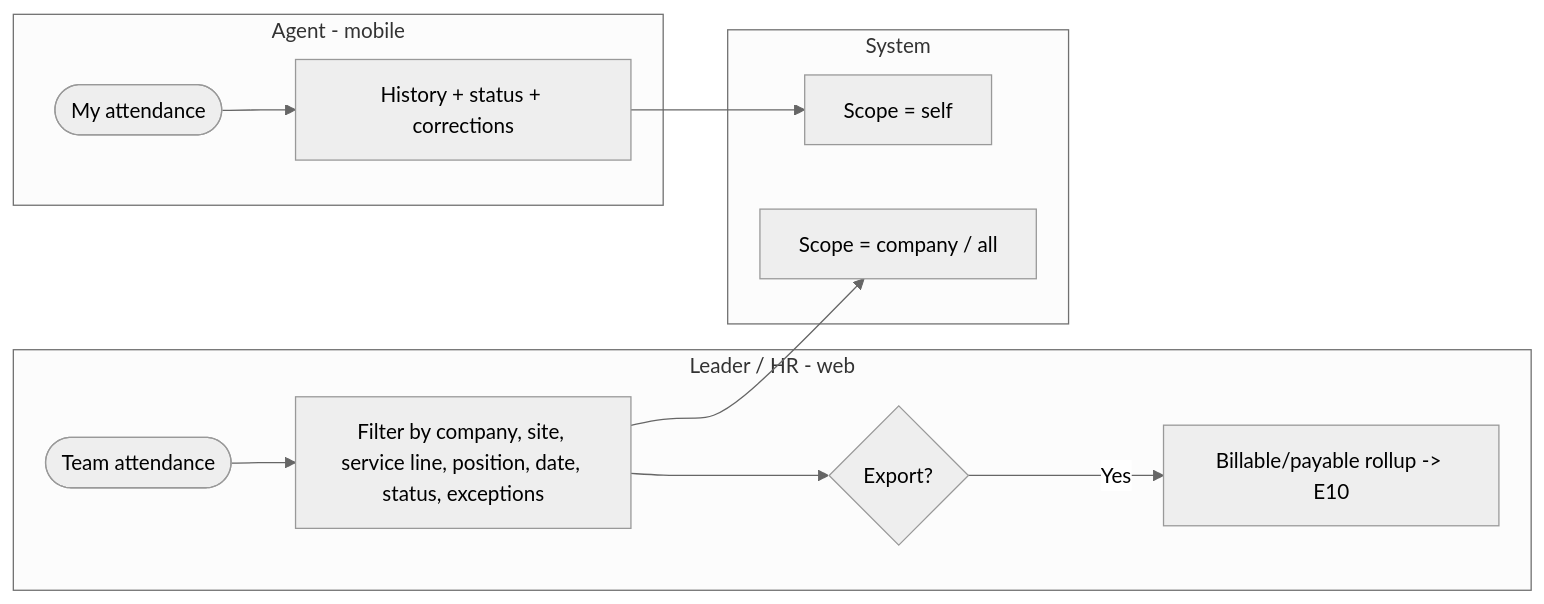
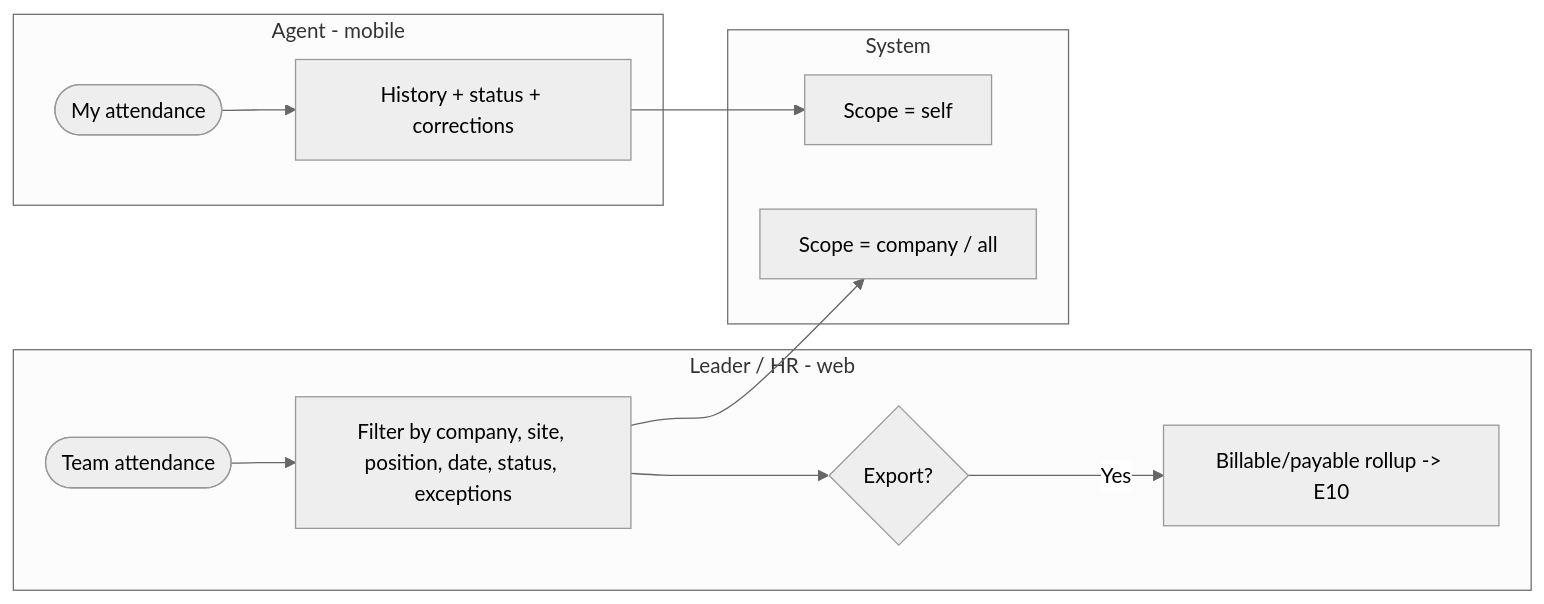
One commit to hariszaki17/hris-outsource changed the sixth of 7 diagrams in docs/epics/E5-attendance/FEATURE.md. Above: the diagram before and after it, drawn with Mermaid (neutral theme). The commit also changed other lines of this file and 239 other files, not shown here.

First line of the commit message:
feat!: remove service line concept end-to-end

````diff
--- a/docs/epics/E5-attendance/FEATURE.md
+++ b/docs/epics/E5-attendance/FEATURE.md
@@ -220,15 +219,15 @@
 ```mermaid
 flowchart LR
     subgraph AG[Agent - mobile]
         R1([My attendance]) --> R2[History + status + corrections]
     end
     subgraph LH[Leader / HR - web]
-        R3([Team attendance]) --> R4[Filter by company, site, service line, position, date, status, exceptions]
+        R3([Team attendance]) --> R4[Filter by company, site, position, date, status, exceptions]
         R4 --> R5{Export?}
         R5 -- Yes --> R6[Billable/payable rollup -> E10]
     end
     subgraph SYS[System]
         R2 --> Q1[Scope = self]
         R4 --> Q2[Scope = company / all]
     end
 ```
````
